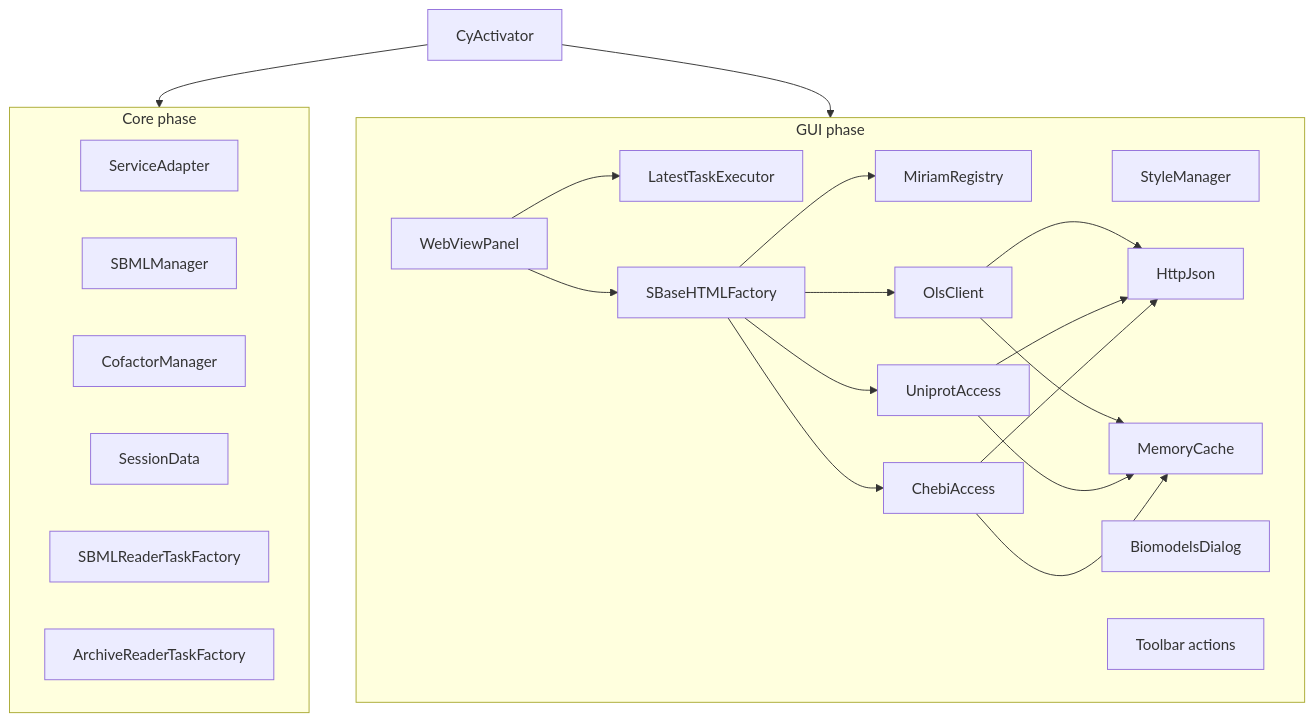
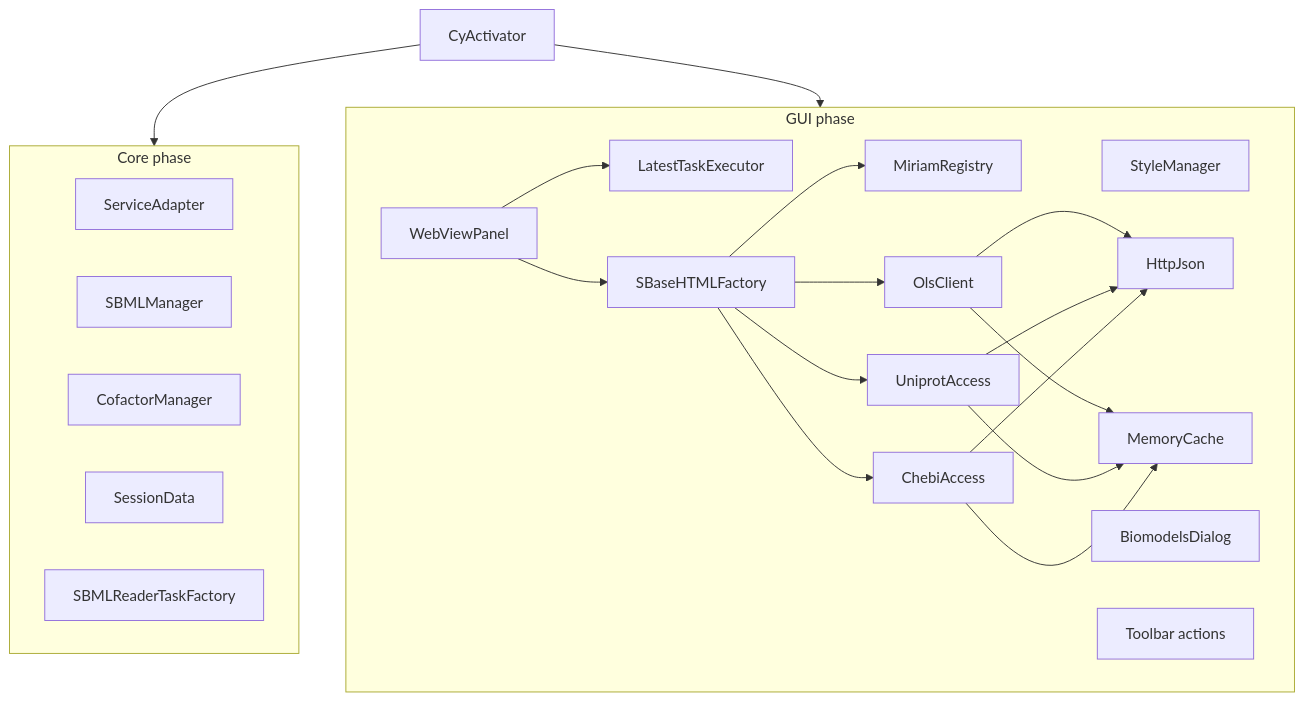
Before and after one commit to matthiaskoenig/cy3sbml: the first of 2 diagrams in docs/development/architecture.md, drawn with Mermaid. The commit also changed other lines of this file and 5 other files, not shown here.

First line of the commit message:
Do not register the COMBINE archive reader

````diff
--- a/docs/development/architecture.md
+++ b/docs/development/architecture.md
@@ -23,28 +23,27 @@
 ```mermaid
 flowchart TB
     A[CyActivator]
     A --> CORE
     A --> GUI
     subgraph CORE [Core phase]
         SA[ServiceAdapter]
         SM[SBMLManager]
         CM[CofactorManager]
         SD[SessionData]
         RF[SBMLReaderTaskFactory]
-        AR[ArchiveReaderTaskFactory]
     end
     subgraph GUI [GUI phase]
         ST[StyleManager]
         BD[BiomodelsDialog]
         ACT[Toolbar actions]
         WV[WebViewPanel]
         WV --> LTE[LatestTaskExecutor]
         WV --> HF[SBaseHTMLFactory]
         HF --> MR[MiriamRegistry]
         HF --> OLS[OlsClient]
         HF --> UP[UniprotAccess]
         HF --> CH[ChebiAccess]
         OLS & UP & CH --> HJ[HttpJson]
         OLS & UP & CH --> MC[MemoryCache]
     end
 ```
````
